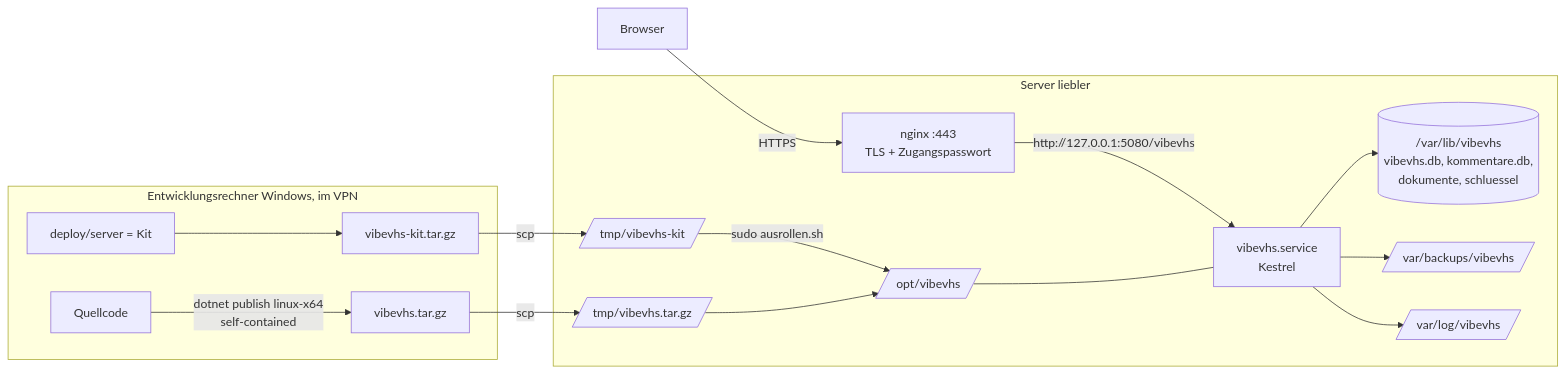
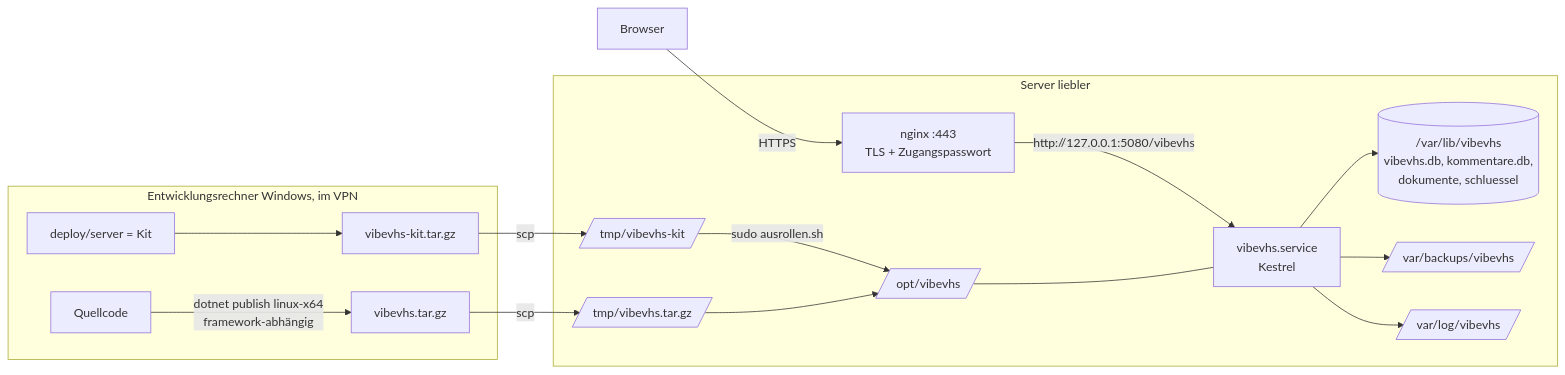
The diagram in docs/bereitstellung.md (klaus-liebler/vibevhs), drawn with Mermaid before and after one commit. The commit also changed other lines of this file and 11 other files, not shown here.

````diff
--- a/docs/bereitstellung.md
+++ b/docs/bereitstellung.md
@@ -13,19 +13,19 @@
 ```mermaid
 flowchart LR
     subgraph Entwicklungsrechner [Entwicklungsrechner Windows, im VPN]
-        Q[Quellcode] -->|dotnet publish linux-x64<br/>self-contained| A[vibevhs.tar.gz]
+        Q[Quellcode] -->|dotnet publish linux-x64<br/>framework-abhängig| A[vibevhs.tar.gz]
         K[deploy/server = Kit] --> KT[vibevhs-kit.tar.gz]
     end
     A -->|scp| T1[/tmp/vibevhs.tar.gz/]
     KT -->|scp| T2[/tmp/vibevhs-kit/]
     subgraph Server [Server liebler]
         T2 -->|sudo ausrollen.sh| O[/opt/vibevhs/]
         T1 --> O
         N[nginx :443<br/>TLS + Zugangspasswort] -->|http://127.0.0.1:5080/vibevhs| S[vibevhs.service<br/>Kestrel]
         O --- S
         S --> D[(/var/lib/vibevhs<br/>vibevhs.db, kommentare.db,<br/>dokumente, schluessel)]
         S --> B[/var/backups/vibevhs/]
         S --> L[/var/log/vibevhs/]
     end
     Browser -->|HTTPS| N
 ```
````
